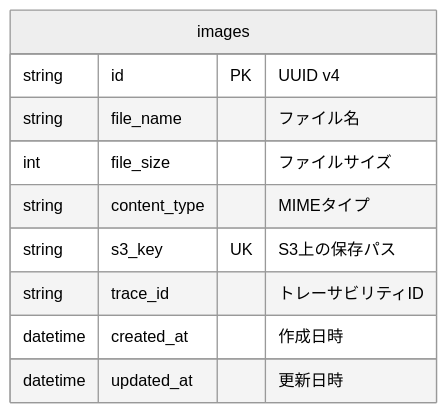
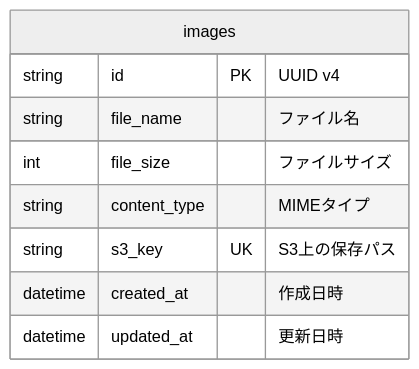
The diagram in specs/hugo/content/design/db/ER図.md (Hitamuki/spec-driven-development), drawn with Mermaid (neutral theme) before and after one commit. The commit also changed other lines of this file and 20 other files, not shown here.

````diff
--- a/specs/hugo/content/design/db/ER図.md
+++ b/specs/hugo/content/design/db/ER図.md
@@ -13,13 +12,12 @@
 ```mermaid
 erDiagram
     images {
         string id PK "UUID v4"
         string file_name "ファイル名"
         int file_size "ファイルサイズ"
         string content_type "MIMEタイプ"
         string s3_key UK "S3上の保存パス"
-        string trace_id "トレーサビリティID"
         datetime created_at "作成日時"
         datetime updated_at "更新日時"
     }
 ```
````
